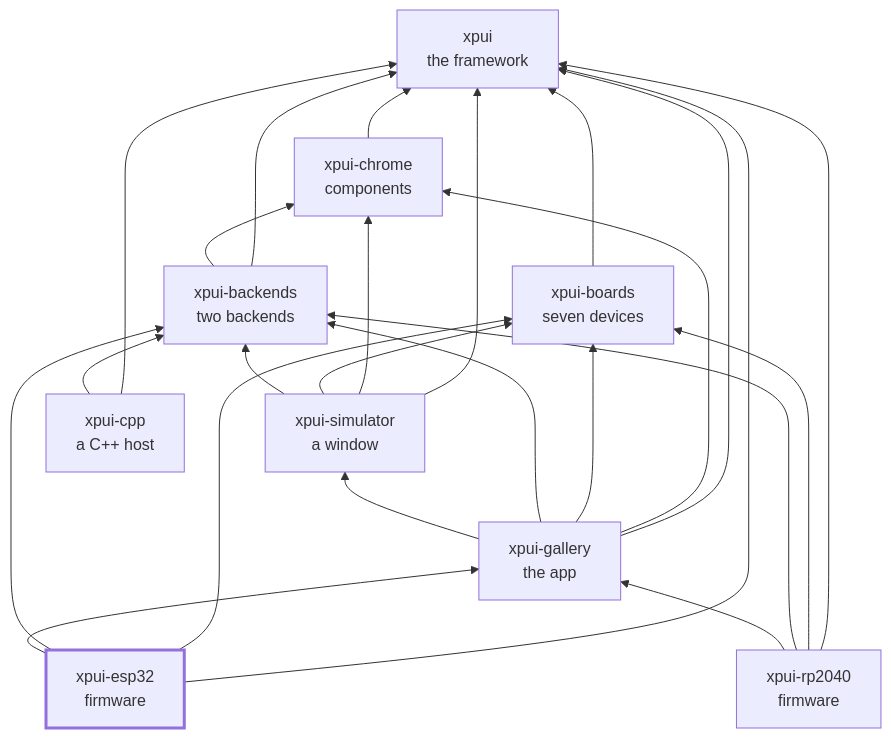
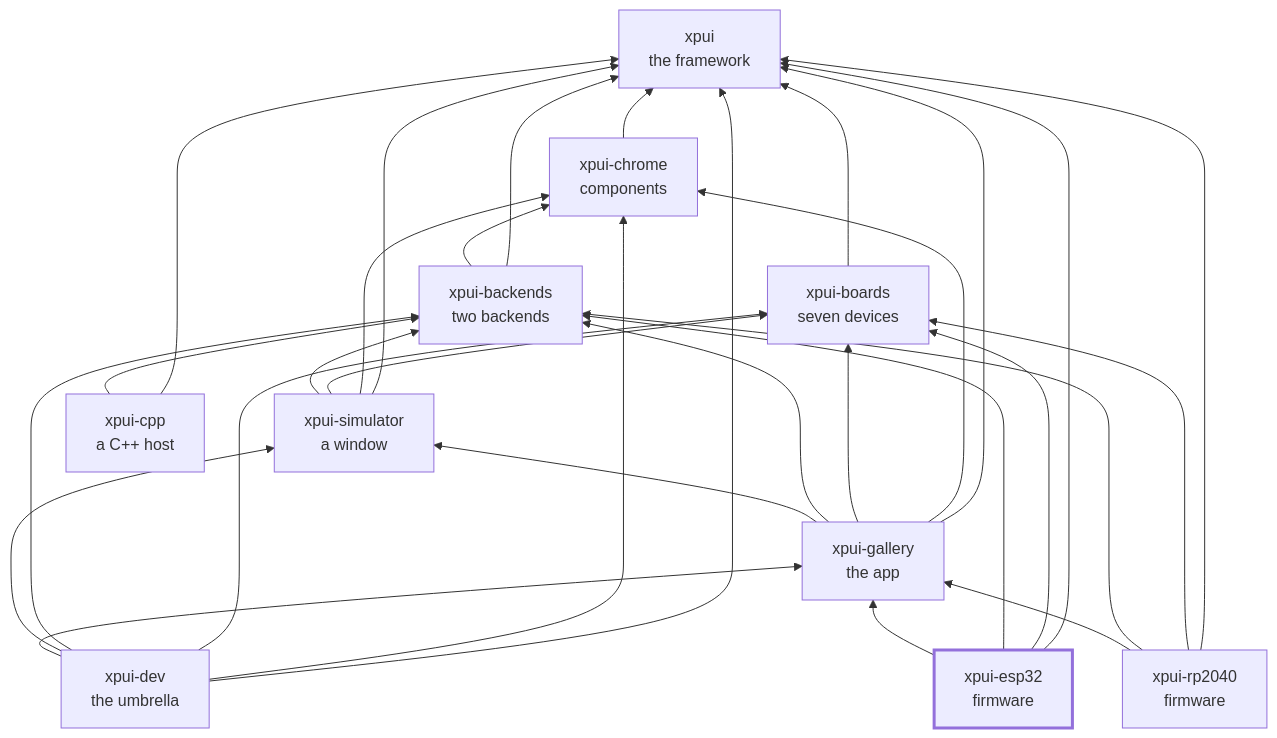
One commit to XPUI-Framework/xpui-esp32 changed the diagram in README.md. Above: the diagram before and after it, drawn with Mermaid. The commit also changed 8 other files, not shown here.

````diff
--- a/README.md
+++ b/README.md
@@ -104,36 +104,43 @@
 ```mermaid
 flowchart BT
   xpui["xpui<br/>the framework"]
   chrome["xpui-chrome<br/>components"]
   boards["xpui-boards<br/>seven devices"]
   backends["xpui-backends<br/>two backends"]
   simulator["xpui-simulator<br/>a window"]
   gallery["xpui-gallery<br/>the app"]
   rp2040["xpui-rp2040<br/>firmware"]
   esp32["xpui-esp32<br/>firmware"]
   cpp["xpui-cpp<br/>a C++ host"]
+  dev["xpui-dev<br/>the umbrella"]
   chrome --> xpui
   boards --> xpui
   backends --> xpui
   backends --> chrome
   simulator --> xpui
   simulator --> chrome
   simulator --> boards
   simulator --> backends
   gallery --> xpui
   gallery --> chrome
   gallery --> boards
   gallery --> backends
   gallery --> simulator
   rp2040 --> xpui
   rp2040 --> boards
   rp2040 --> backends
   rp2040 --> gallery
   esp32 --> xpui
   esp32 --> boards
   esp32 --> backends
   esp32 --> gallery
   cpp --> xpui
   cpp --> backends
+  dev --> xpui
+  dev --> chrome
+  dev --> boards
+  dev --> backends
+  dev --> simulator
+  dev --> gallery
   style esp32 stroke-width:3px
 ```
````
